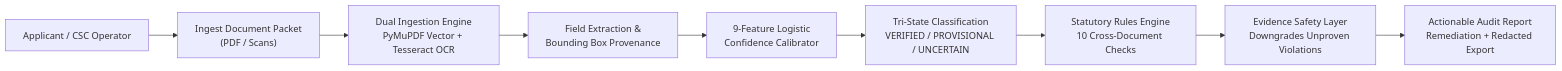
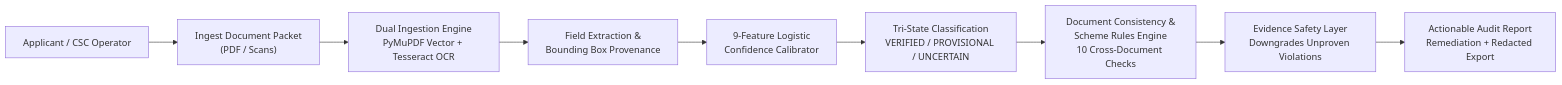
Before and after one commit to Algoryxz/DocuReady: the diagram in README.md, drawn with Mermaid. The commit also changed other lines of this file and 2 other files, not shown here.

````diff
--- a/README.md
+++ b/README.md
@@ -21,11 +21,11 @@
 ```mermaid
 flowchart LR
     Applicant["Applicant / CSC Operator"] --> Upload["Ingest Document Packet<br/>(PDF / Scans)"]
     Upload --> Ingest["Dual Ingestion Engine<br/>PyMuPDF Vector + Tesseract OCR"]
     Ingest --> Provenance["Field Extraction &<br/>Bounding Box Provenance"]
     Provenance --> Calibrator["9-Feature Logistic<br/>Confidence Calibrator"]
     Calibrator --> TriState["Tri-State Classification<br/>VERIFIED / PROVISIONAL / UNCERTAIN"]
-    TriState --> Rules["Statutory Rules Engine<br/>10 Cross-Document Checks"]
+    TriState --> Rules["Document Consistency &<br/>Scheme Rules Engine<br/>10 Cross-Document Checks"]
     Rules --> Safety["Evidence Safety Layer<br/>Downgrades Unproven Violations"]
     Safety --> AuditReport["Actionable Audit Report<br/>Remediation + Redacted Export"]
 ```
````
